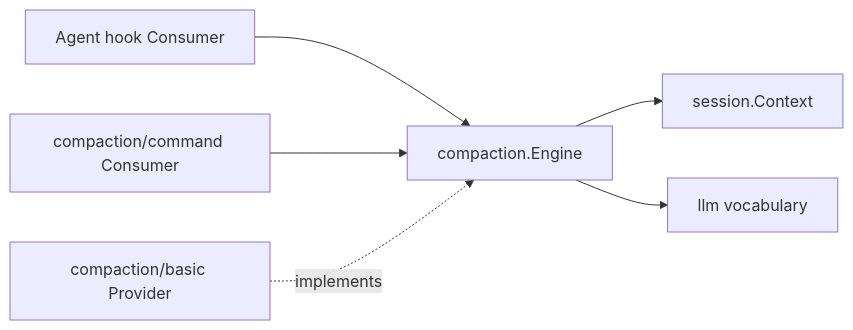
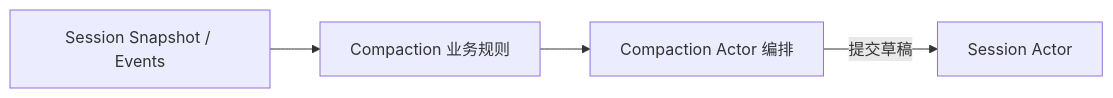
Before and after one commit to gorenx/goren: the diagram in compaction/README.zh-CN.md, drawn with Mermaid. The commit also changed other lines of this file and 15 other files, not shown here.

````diff
--- a/compaction/README.zh-CN.md
+++ b/compaction/README.zh-CN.md
@@ -21,8 +14,6 @@
 ```mermaid
 flowchart LR
-    AUTO[Agent hook Consumer] --> ENGINE[compaction.Engine]
-    COMMAND[compaction/command Consumer] --> ENGINE
-    BASIC[compaction/basic Provider] -. implements .-> ENGINE
-    ENGINE --> SESSION[session.Context]
-    ENGINE --> LLM[llm vocabulary]
+    S[Session Snapshot / Events] --> B[Compaction 业务规则]
+    B --> C[Compaction Actor 编排]
+    C -->|提交草稿| Owner[Session Actor]
 ```
````
